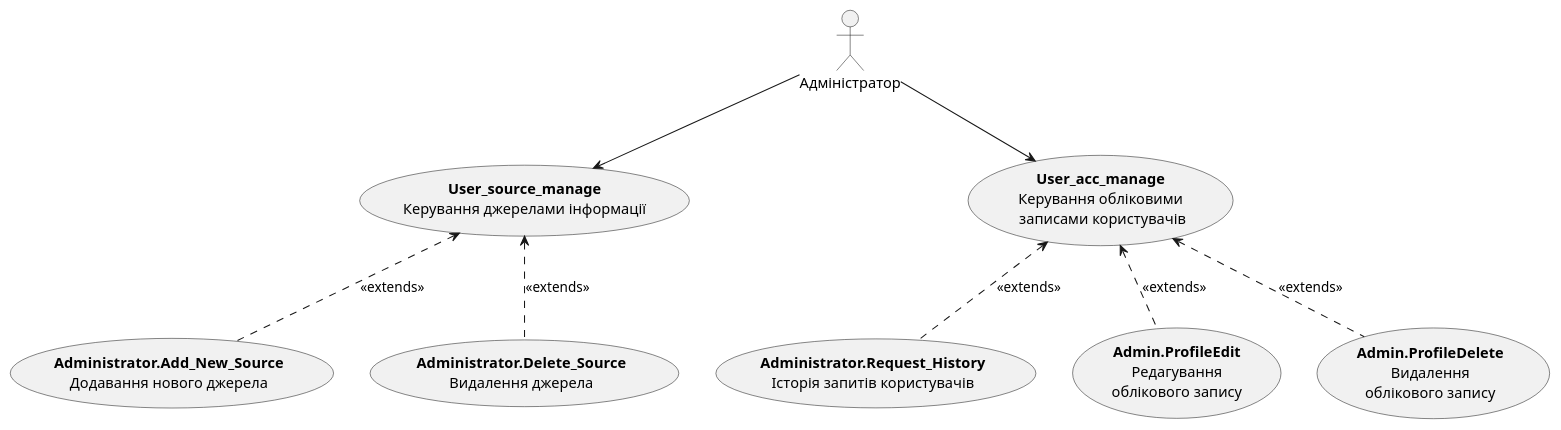
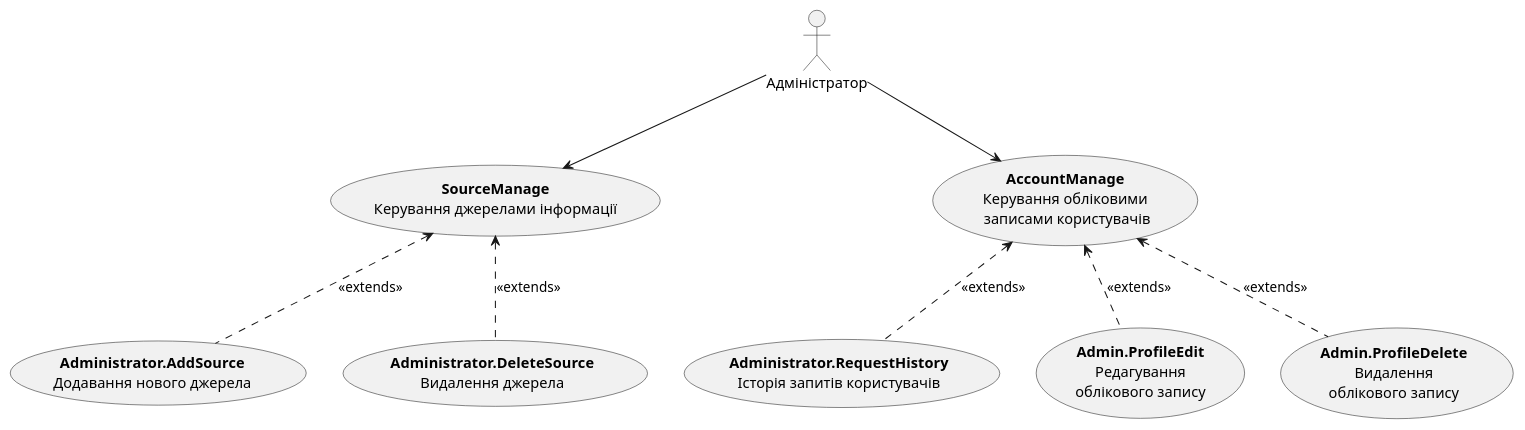
One commit to nonGratis/retarder-io-23-3-26 changed the fourth of 18 diagrams in docs/use cases/README.md. Above: the diagram before and after it, drawn with PlantUML. The commit also changed other lines of this file and 4 other files, not shown here.

```diff
--- a/docs/use cases/README.md
+++ b/docs/use cases/README.md
@@ -86,23 +91,23 @@
 @startuml
 
 actor "Адміністратор" as Admin
 
-usecase "<b>User_acc_manage</b>\nКерування обліковими\n записами користувачів" as ManageAccount 
-usecase "<b>User_source_manage</b>\nКерування джерелами інформації" as ManageSource 
+usecase "<b>AccountManage</b>\nКерування обліковими\n записами користувачів" as ManageAccount
+usecase "<b>SourceManage</b>\nКерування джерелами інформації" as ManageSource
 
-usecase "<b>Administrator.Add_New_Source</b>\nДодавання нового джерела" as Administrator.Add_New_Source
-usecase "<b>Administrator.Delete_Source</b>\nВидалення джерела" as Administrator.Delete_Source
-usecase "<b>Administrator.Request_History</b>\nІсторія запитів користувачів" as Administrator.Request_History
+usecase "<b>Administrator.AddSource</b>\nДодавання нового джерела" as Administrator.AddSource
+usecase "<b>Administrator.DeleteSource</b>\nВидалення джерела" as Administrator.DeleteSource
+usecase "<b>Administrator.RequestHistory</b>\nІсторія запитів користувачів" as Administrator.RequestHistory
 usecase "<b>Admin.ProfileEdit</b>\nРедагування\nоблікового запису" as Admin.ProfileEdit
 usecase "<b>Admin.ProfileDelete</b>\nВидалення\nоблікового запису" as Admin.ProfileDelete
 
 Admin --> ManageAccount
-Administrator.Request_History .u.> ManageAccount: <<extends>>
+Administrator.RequestHistory .u.> ManageAccount: <<extends>>
 Admin.ProfileEdit .u.> ManageAccount: <<extends>>
 Admin.ProfileDelete .u.> ManageAccount: <<extends>>
 
 Admin --> ManageSource
-Administrator.Add_New_Source .u.> ManageSource: <<extends>>
-Administrator.Delete_Source .u.> ManageSource: <<extends>>
+Administrator.AddSource .u.> ManageSource: <<extends>>
+Administrator.DeleteSource .u.> ManageSource: <<extends>>
 
 @enduml
```
